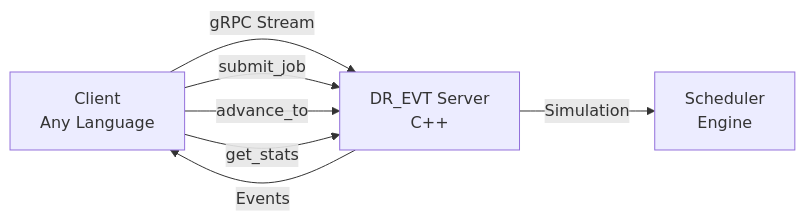
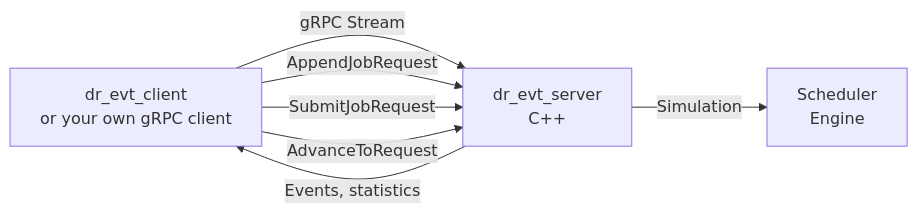
One commit to llnl/dr_evt changed the diagram in docs/user-guide/grpc-setup.md. Above: the diagram before and after it, drawn with Mermaid. The commit also changed other lines of this file and 23 other files, not shown here.

````diff
--- a/docs/user-guide/grpc-setup.md
+++ b/docs/user-guide/grpc-setup.md
@@ -7,9 +11,9 @@
 ```{mermaid}
 graph LR
-    Client[Client<br/>Any Language] -->|gRPC Stream| Server[DR_EVT Server<br/>C++]
+    Client[dr_evt_client<br/>or your own gRPC client] -->|gRPC Stream| Server[dr_evt_server<br/>C++]
     Server -->|Simulation| Engine[Scheduler<br/>Engine]
-    Client -->|submit_job| Server
-    Client -->|advance_to| Server
-    Client -->|get_stats| Server
-    Server -->|Events| Client
+    Client -->|AppendJobRequest| Server
+    Client -->|SubmitJobRequest| Server
+    Client -->|AdvanceToRequest| Server
+    Server -->|Events, statistics| Client
 ```
````
